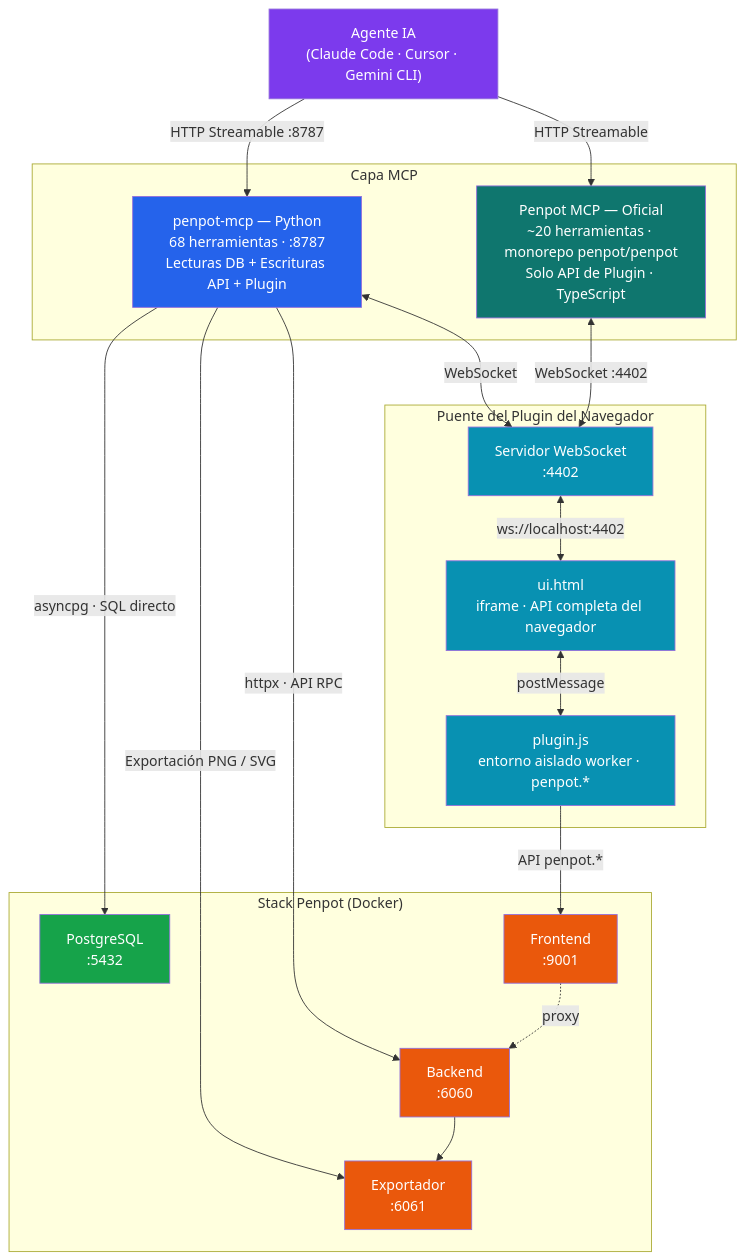
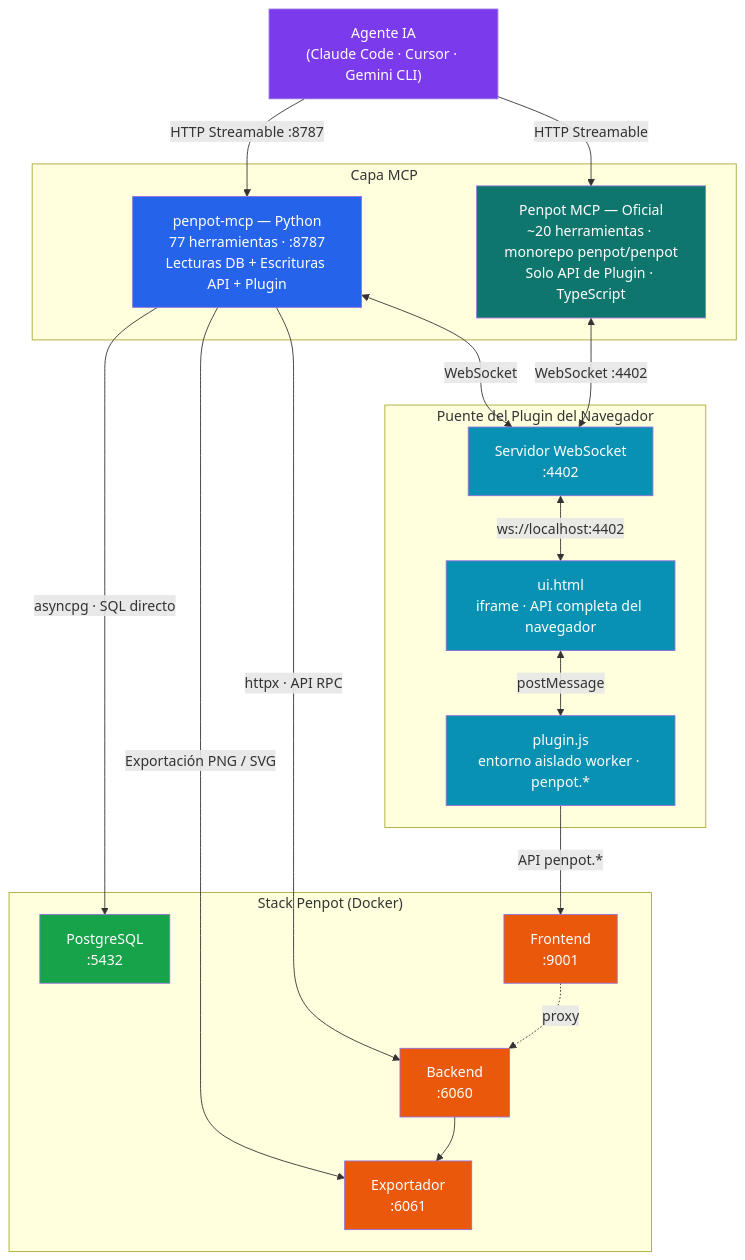
Before and after one commit to ancrz/penpot-mcp-server: the diagram in README.es-ES.md, drawn with Mermaid. The commit also changed other lines of this file and 21 other files, not shown here.

````diff
--- a/README.es-ES.md
+++ b/README.es-ES.md
@@ -34,49 +34,49 @@
 ```mermaid
 graph TB
     AI["Agente IA\n(Claude Code · Cursor · Gemini CLI)"]
 
     subgraph SERVERS["Capa MCP"]
-        MCP["penpot-mcp — Python\n68 herramientas · :8787\nLecturas DB + Escrituras API + Plugin"]
+        MCP["penpot-mcp — Python\n77 herramientas · :8787\nLecturas DB + Escrituras API + Plugin"]
         OMCP["Penpot MCP — Oficial\n~20 herramientas · monorepo penpot/penpot\nSolo API de Plugin · TypeScript"]
     end
 
     subgraph PENPOT["Stack Penpot (Docker)"]
         PG["PostgreSQL\n:5432"]
         BE["Backend\n:6060"]
         FE["Frontend\n:9001"]
         EX["Exportador\n:6061"]
     end
 
     subgraph BRIDGE["Puente del Plugin del Navegador"]
         WS["Servidor WebSocket\n:4402"]
         UI["ui.html\niframe · API completa del navegador"]
         PJ["plugin.js\nentorno aislado worker · penpot.*"]
     end
 
     AI -->|"HTTP Streamable :8787"| MCP
     AI -->|"HTTP Streamable"| OMCP
 
     MCP -->|"asyncpg · SQL directo"| PG
     MCP -->|"httpx · API RPC"| BE
     MCP -->|"Exportación PNG / SVG"| EX
     MCP <-->|"WebSocket"| WS
 
     OMCP <-->|"WebSocket :4402"| WS
 
     WS <-->|"ws://localhost:4402"| UI
     UI <-->|"postMessage"| PJ
     PJ -->|"API penpot.*"| FE
     FE -.->|"proxy"| BE
     BE --> EX
 
     style AI fill:#7c3aed,color:#fff
     style MCP fill:#2563eb,color:#fff
     style OMCP fill:#0f766e,color:#fff
     style PG fill:#16a34a,color:#fff
     style BE fill:#ea580c,color:#fff
     style FE fill:#ea580c,color:#fff
     style EX fill:#ea580c,color:#fff
     style WS fill:#0891b2,color:#fff
     style UI fill:#0891b2,color:#fff
     style PJ fill:#0891b2,color:#fff
 ```
````
